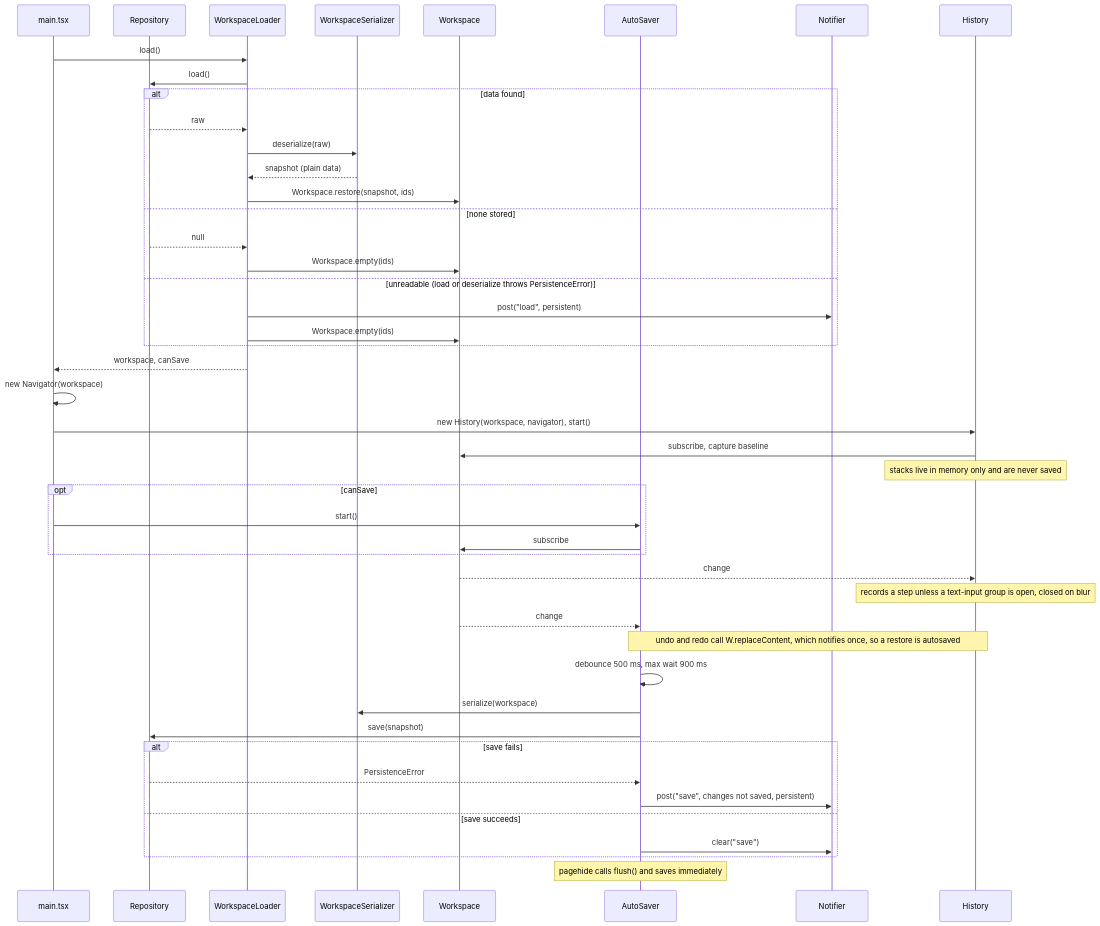
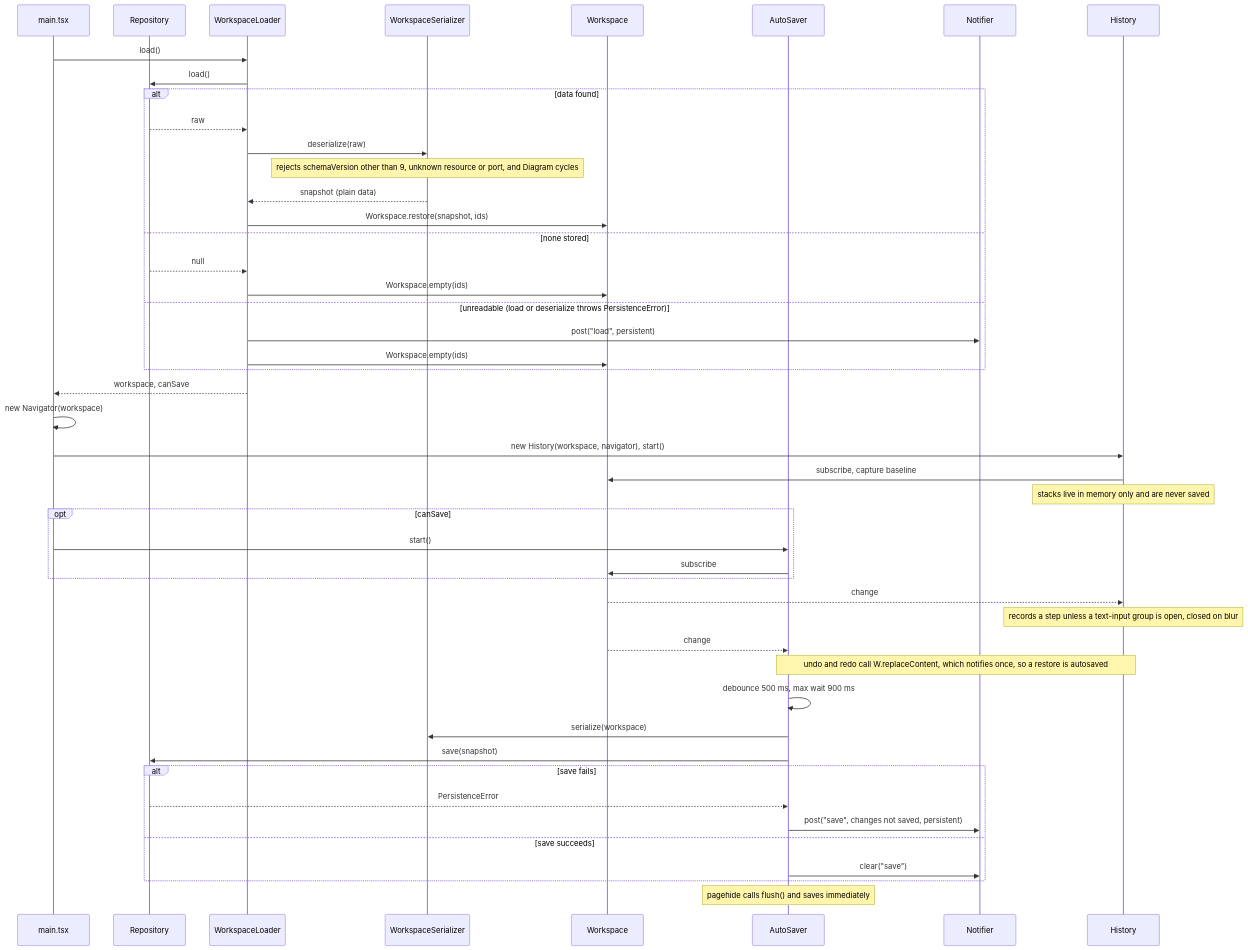
The diagram in docs/diagrams/startup-and-save.mmd (tylercoz/flow), drawn with Mermaid before and after one commit. The commit also changed 71 other files, not shown here.

```diff
--- a/docs/diagrams/startup-and-save.mmd
+++ b/docs/diagrams/startup-and-save.mmd
@@ -1,46 +1,47 @@
 sequenceDiagram
     participant M as main.tsx
     participant R as Repository
     participant L as WorkspaceLoader
     participant S as WorkspaceSerializer
     participant W as Workspace
     participant A as AutoSaver
     participant N as Notifier
     participant H as History
     M->>L: load()
     L->>R: load()
     alt data found
         R-->>L: raw
         L->>S: deserialize(raw)
+        Note over S: rejects schemaVersion other than 9, unknown resource or port, and Diagram cycles
         S-->>L: snapshot (plain data)
         L->>W: Workspace.restore(snapshot, ids)
     else none stored
         R-->>L: null
         L->>W: Workspace.empty(ids)
     else unreadable (load or deserialize throws PersistenceError)
         L->>N: post("load", persistent)
         L->>W: Workspace.empty(ids)
     end
     L-->>M: workspace, canSave
     M->>M: new Navigator(workspace)
     M->>H: new History(workspace, navigator), start()
     H->>W: subscribe, capture baseline
     Note over H: stacks live in memory only and are never saved
     opt canSave
         M->>A: start()
         A->>W: subscribe
     end
     W-->>H: change
     Note over H: records a step unless a text-input group is open, closed on blur
     W-->>A: change
     Note over H,A: undo and redo call W.replaceContent, which notifies once, so a restore is autosaved
     A->>A: debounce 500 ms, max wait 900 ms
     A->>S: serialize(workspace)
     A->>R: save(snapshot)
     alt save fails
         R-->>A: PersistenceError
         A->>N: post("save", changes not saved, persistent)
     else save succeeds
         A->>N: clear("save")
     end
     Note over A: pagehide calls flush() and saves immediately
```
